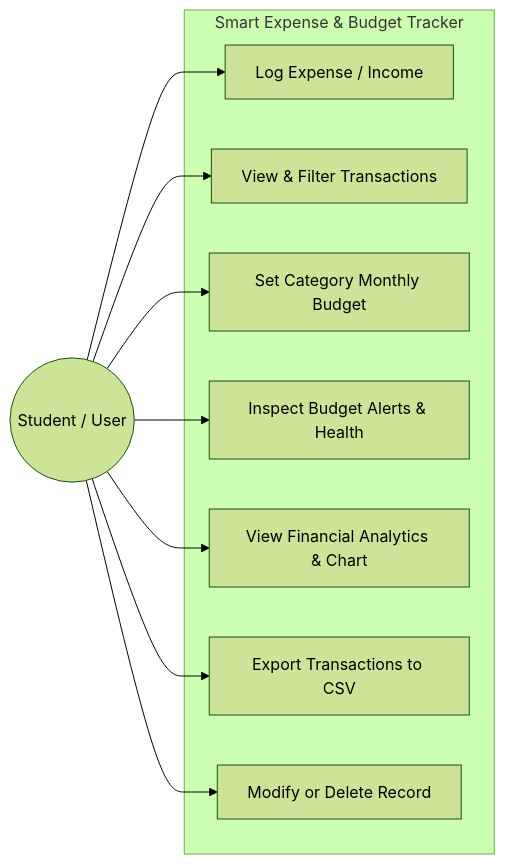
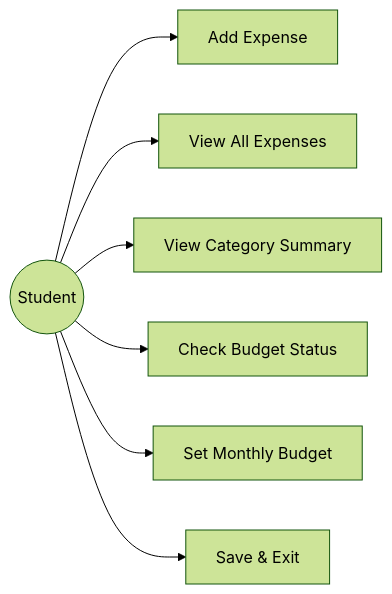
One commit to Aditya26bai10148-creator/student-expense-tracker changed the second of 5 diagrams in PROJECT_REPORT.md. Above: the diagram before and after it, drawn with Mermaid (forest theme). The commit also changed other lines of this file and 18 other files, not shown here.

Commit message:
Simplify project architecture: concise 4-module design, clean CLI, unit tests, and streamlined report

````diff
--- a/PROJECT_REPORT.md
+++ b/PROJECT_REPORT.md
@@ -161,22 +80,10 @@
 ```mermaid
 flowchart LR
-    Student((Student / User))
-
-    subgraph PySpend [Smart Expense & Budget Tracker]
-        UC1[Log Expense / Income]
-        UC2[View & Filter Transactions]
-        UC3[Set Category Monthly Budget]
-        UC4[Inspect Budget Alerts & Health]
-        UC5[View Financial Analytics & Chart]
-        UC6[Export Transactions to CSV]
-        UC7[Modify or Delete Record]
-    end
-
-    Student --> UC1
-    Student --> UC2
-    Student --> UC3
-    Student --> UC4
-    Student --> UC5
-    Student --> UC6
-    Student --> UC7
+    Student((Student))
+    Student --> UC1[Add Expense]
+    Student --> UC2[View All Expenses]
+    Student --> UC3[View Category Summary]
+    Student --> UC4[Check Budget Status]
+    Student --> UC5[Set Monthly Budget]
+    Student --> UC6[Save & Exit]
 ```
````
